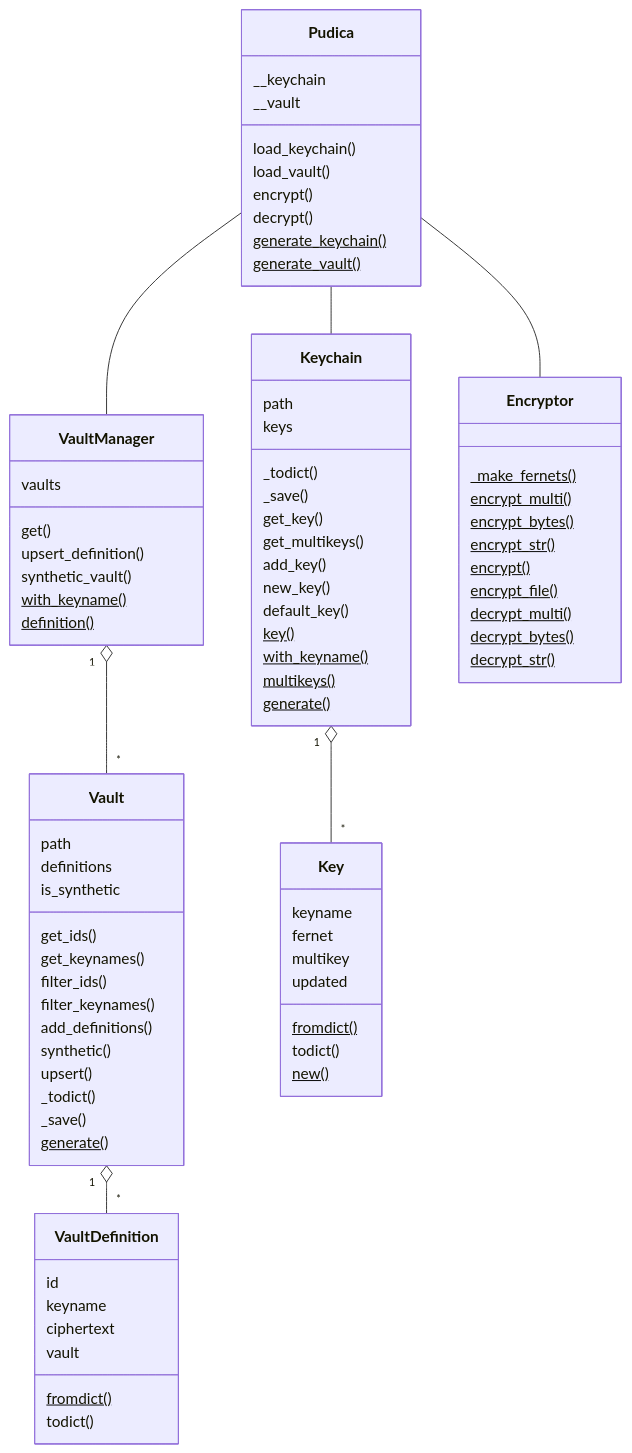
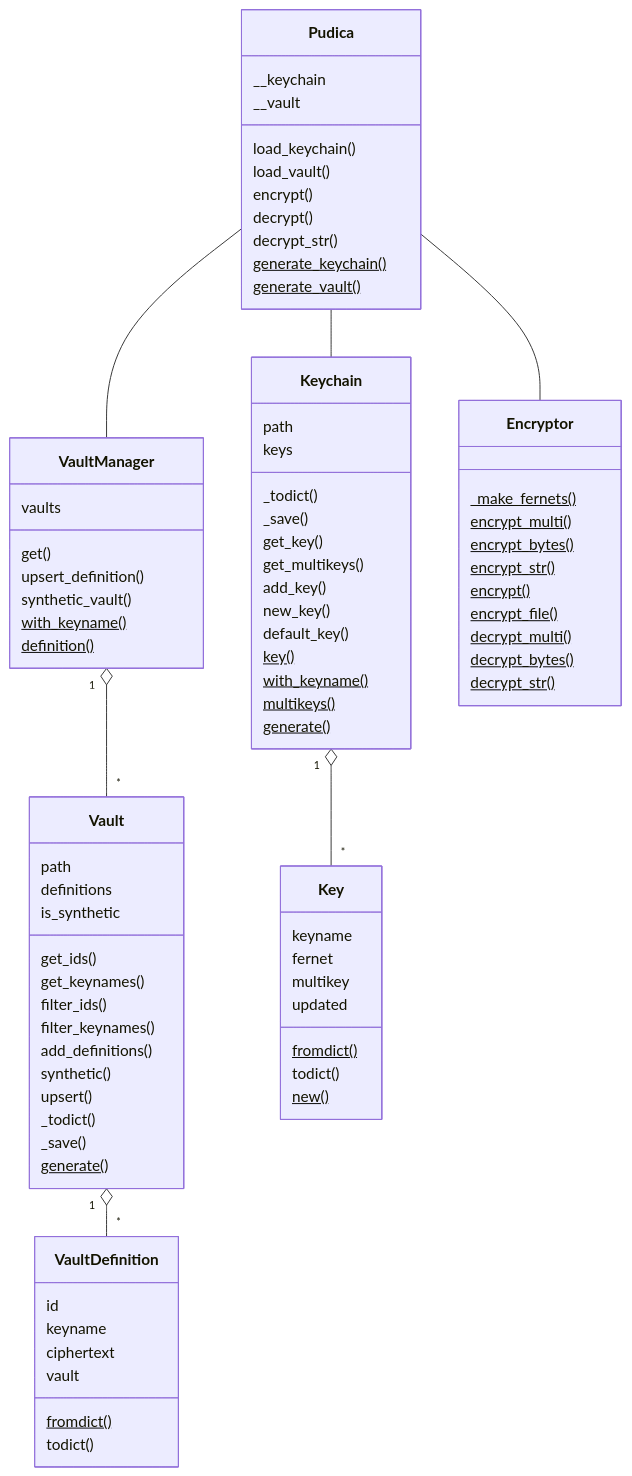
Before and after one commit to botanicode/pudica: the diagram in docs/class_diagram.md, drawn with Mermaid. The commit also changed 3 other files, not shown here.

```diff
--- a/docs/class_diagram.md
+++ b/docs/class_diagram.md
@@ -56,6 +56,7 @@
         load_vault()
         encrypt()
         decrypt()
+        decrypt_str()
         generate_keychain()$
         generate_vault()$
       }
```
